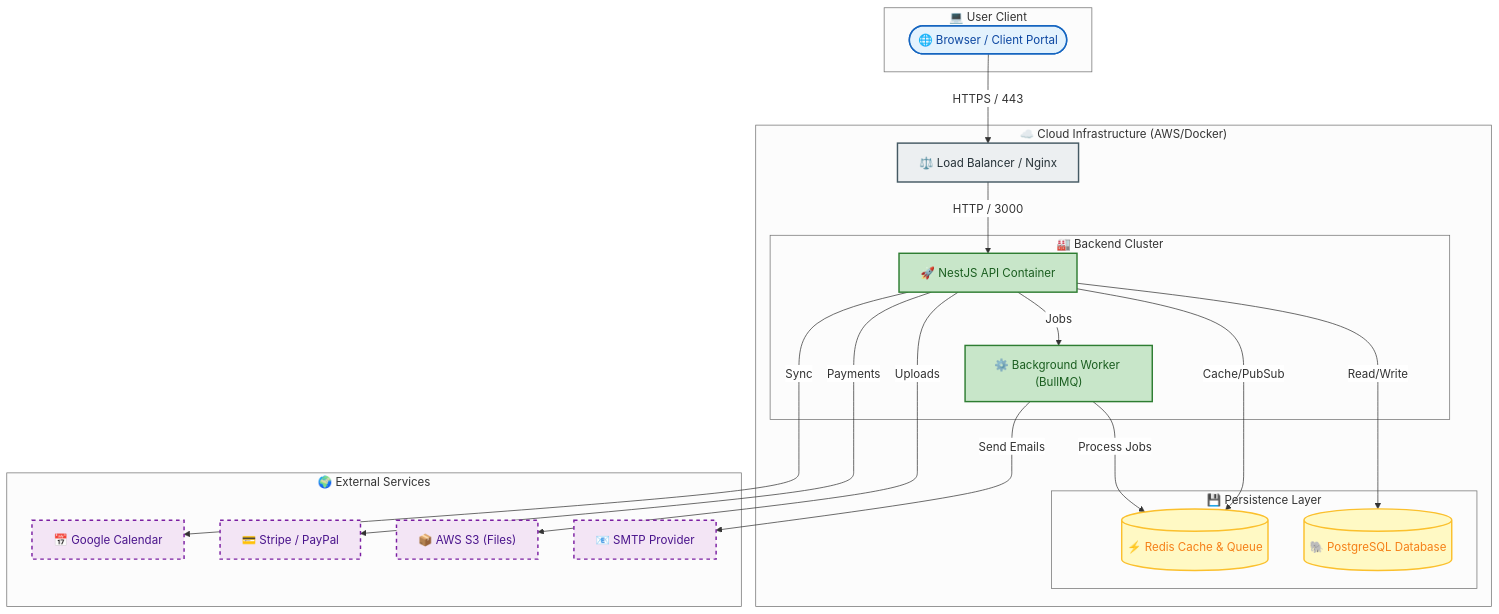
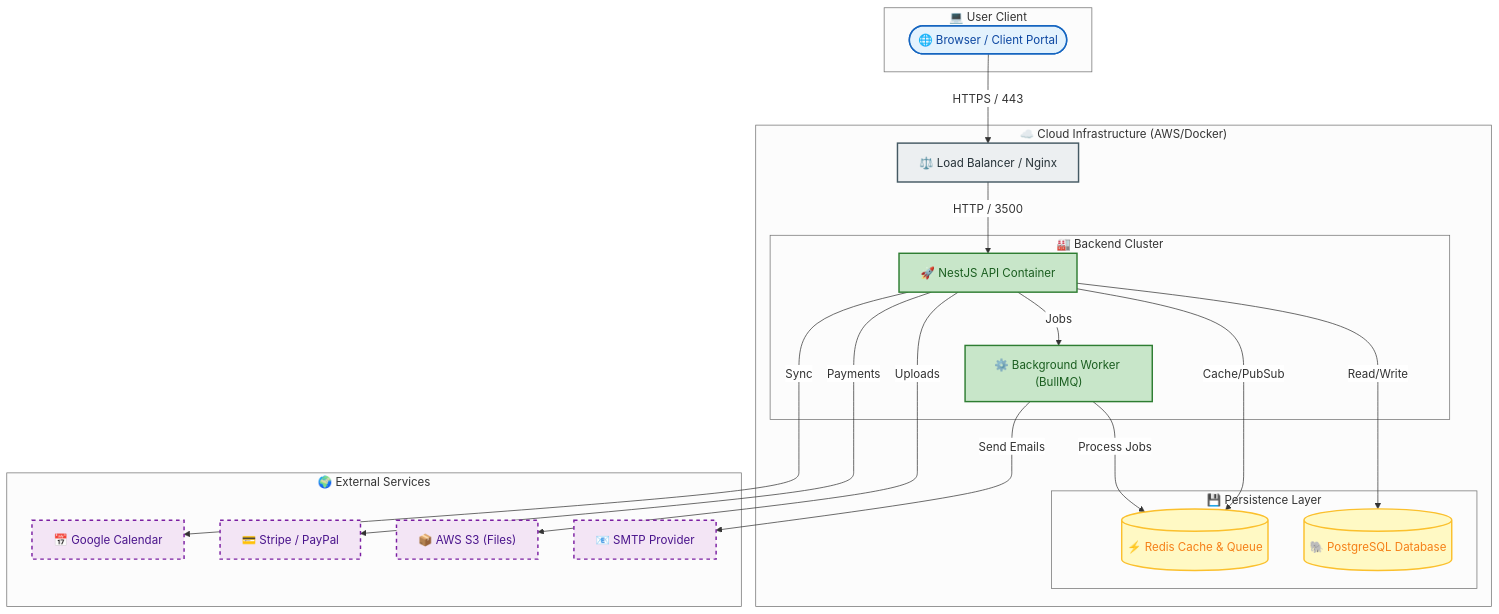
Before and after one commit to MrMahirr/Trivexa_Backend: the diagram in docs/architecture/diagrams/deployment-diagram.mmd, drawn with Mermaid (neutral theme). The commit also changed 11 other files, not shown here.

```diff
--- a/docs/architecture/diagrams/deployment-diagram.mmd
+++ b/docs/architecture/diagrams/deployment-diagram.mmd
@@ -1,51 +1,51 @@
 flowchart TD
     %% Global Styles
     classDef client fill:#e3f2fd,stroke:#1565c0,stroke-width:2px,color:#0d47a1
     classDef app fill:#c8e6c9,stroke:#2e7d32,stroke-width:2px,color:#1b5e20
     classDef db fill:#fff9c4,stroke:#fbc02d,stroke-width:2px,color:#f57f17
     classDef external fill:#f3e5f5,stroke:#7b1fa2,stroke-width:2px,stroke-dasharray: 5 5,color:#4a148c
     classDef infra fill:#eceff1,stroke:#455a64,stroke-width:2px,color:#263238
 
     subgraph UserSpace ["💻 User Client"]
         Browser(["🌐 Browser / Client Portal"]):::client
     end
 
     subgraph Cloud ["☁️ Cloud Infrastructure (AWS/Docker)"]
         LB["⚖️ Load Balancer / Nginx"]:::infra
         
         subgraph Backend ["🏭 Backend Cluster"]
             API["🚀 NestJS API Container"]:::app
             Worker["⚙️ Background Worker (BullMQ)"]:::app
         end
         
         subgraph Data ["💾 Persistence Layer"]
             Postgres[("🐘 PostgreSQL Database")]:::db
             Redis[("⚡ Redis Cache & Queue")]:::db
         end
     end
 
     subgraph External ["🌍 External Services"]
         Stripe["💳 Stripe / PayPal"]:::external
         AWS_S3["📦 AWS S3 (Files)"]:::external
         Google["📅 Google Calendar"]:::external
         Mail["📧 SMTP Provider"]:::external
     end
 
     %% Connections
     Browser -->|HTTPS / 443| LB
     
-    LB -->|HTTP / 3000| API
+    LB -->|HTTP / 3500| API
     
     API -->|Read/Write| Postgres
     API -->|Cache/PubSub| Redis
     API -->|Jobs| Worker
     
     Worker -->|Process Jobs| Redis
     
     API -->|Uploads| AWS_S3
     API -->|Payments| Stripe
     API -->|Sync| Google
     Worker -->|Send Emails| Mail
 
     %% Styling
     linkStyle default stroke:#333,stroke-width:1px,color:#333
```
